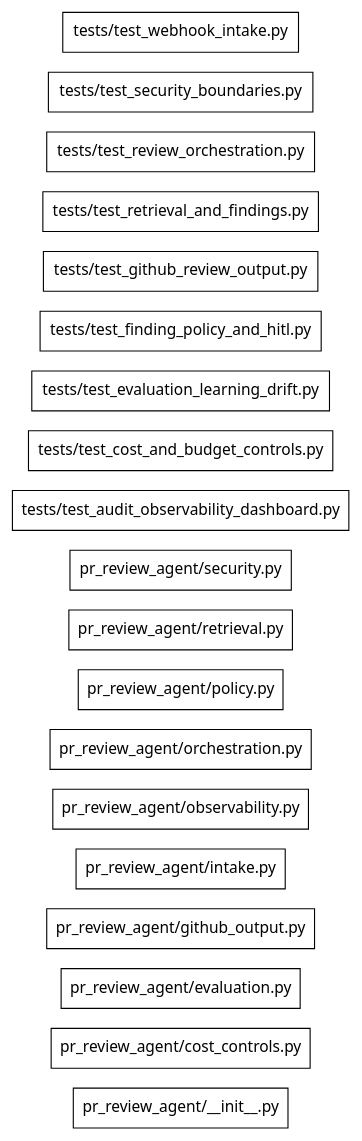
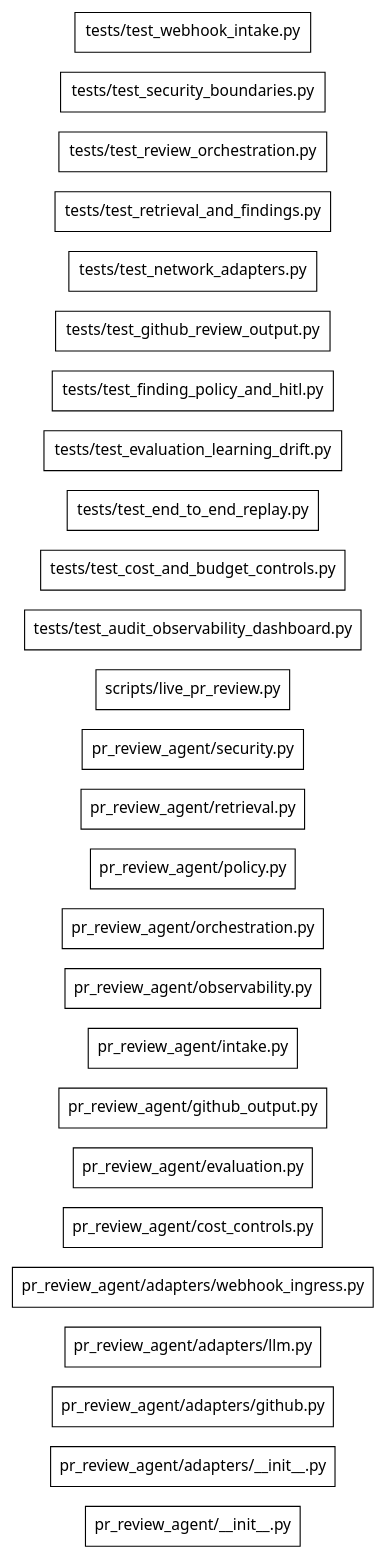
One commit to Ayush-Kant/PR-Review-Agent changed the diagram in .genesis/index/graph.dot. Above: the diagram before and after it, drawn with Graphviz. The commit also changed 15 other files, not shown here.

Commit message:
feat: add network integration adapters

```diff
--- a/.genesis/index/graph.dot
+++ b/.genesis/index/graph.dot
@@ -1,24 +1,31 @@
 digraph genesis {
   rankdir=LR;
   node [shape=box,fontname="system-ui"];
   "file:pr_review_agent/__init__.py" [label="pr_review_agent/__init__.py",class="file"];
+  "file:pr_review_agent/adapters/__init__.py" [label="pr_review_agent/adapters/__init__.py",class="file"];
+  "file:pr_review_agent/adapters/github.py" [label="pr_review_agent/adapters/github.py",class="file"];
+  "file:pr_review_agent/adapters/llm.py" [label="pr_review_agent/adapters/llm.py",class="file"];
+  "file:pr_review_agent/adapters/webhook_ingress.py" [label="pr_review_agent/adapters/webhook_ingress.py",class="file"];
   "file:pr_review_agent/cost_controls.py" [label="pr_review_agent/cost_controls.py",class="file"];
   "file:pr_review_agent/evaluation.py" [label="pr_review_agent/evaluation.py",class="file"];
   "file:pr_review_agent/github_output.py" [label="pr_review_agent/github_output.py",class="file"];
   "file:pr_review_agent/intake.py" [label="pr_review_agent/intake.py",class="file"];
   "file:pr_review_agent/observability.py" [label="pr_review_agent/observability.py",class="file"];
   "file:pr_review_agent/orchestration.py" [label="pr_review_agent/orchestration.py",class="file"];
   "file:pr_review_agent/policy.py" [label="pr_review_agent/policy.py",class="file"];
   "file:pr_review_agent/retrieval.py" [label="pr_review_agent/retrieval.py",class="file"];
   "file:pr_review_agent/security.py" [label="pr_review_agent/security.py",class="file"];
+  "file:scripts/live_pr_review.py" [label="scripts/live_pr_review.py",class="file"];
   "file:tests/test_audit_observability_dashboard.py" [label="tests/test_audit_observability_dashboard.py",class="file"];
   "file:tests/test_cost_and_budget_controls.py" [label="tests/test_cost_and_budget_controls.py",class="file"];
+  "file:tests/test_end_to_end_replay.py" [label="tests/test_end_to_end_replay.py",class="file"];
   "file:tests/test_evaluation_learning_drift.py" [label="tests/test_evaluation_learning_drift.py",class="file"];
   "file:tests/test_finding_policy_and_hitl.py" [label="tests/test_finding_policy_and_hitl.py",class="file"];
   "file:tests/test_github_review_output.py" [label="tests/test_github_review_output.py",class="file"];
+  "file:tests/test_network_adapters.py" [label="tests/test_network_adapters.py",class="file"];
   "file:tests/test_retrieval_and_findings.py" [label="tests/test_retrieval_and_findings.py",class="file"];
   "file:tests/test_review_orchestration.py" [label="tests/test_review_orchestration.py",class="file"];
   "file:tests/test_security_boundaries.py" [label="tests/test_security_boundaries.py",class="file"];
   "file:tests/test_webhook_intake.py" [label="tests/test_webhook_intake.py",class="file"];
 
 }
```
